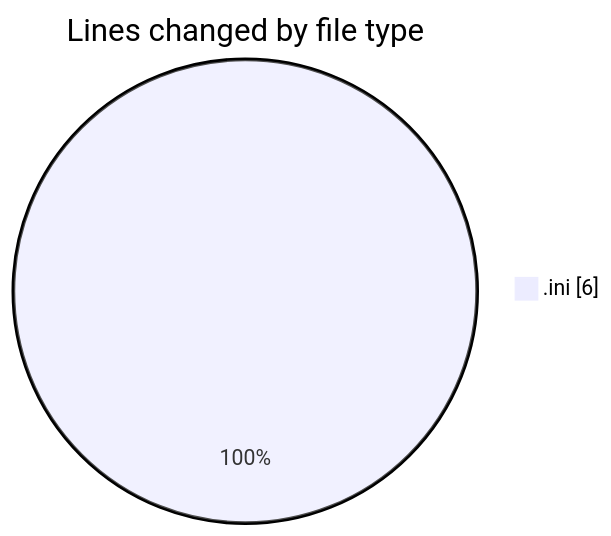
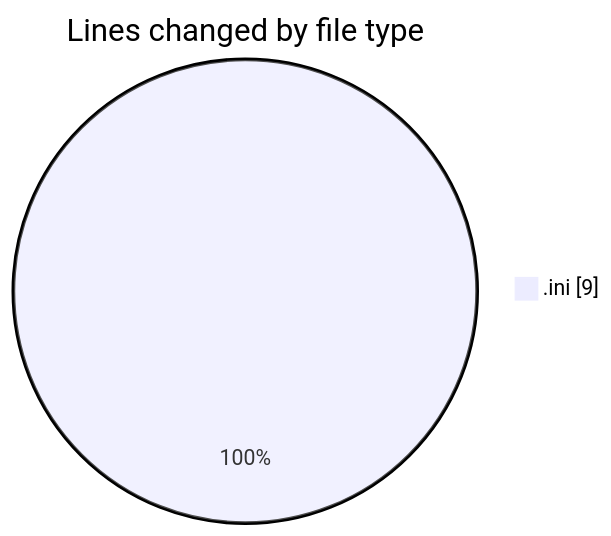
The first of 2 diagrams in 2025-04-27/crud-filament/README.md (idhammustaqopulfikri/code-tracking), drawn with Mermaid before and after one commit. The commit also changed other lines of this file and 1 other file, not shown here.

````diff
--- a/2025-04-27/crud-filament/README.md
+++ b/2025-04-27/crud-filament/README.md
@@ -20,5 +20,5 @@
 ```mermaid
 pie showData
 title Lines changed by file type
-".ini" : 6
+".ini" : 9
 ```
````
